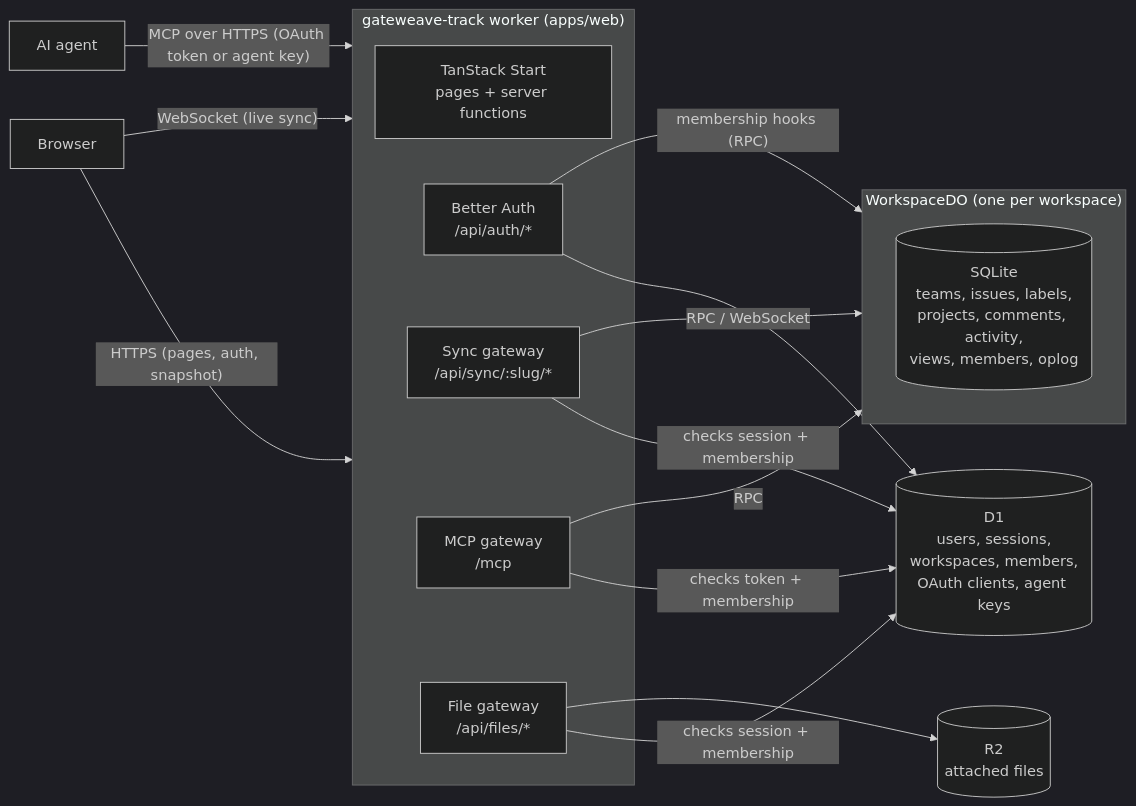
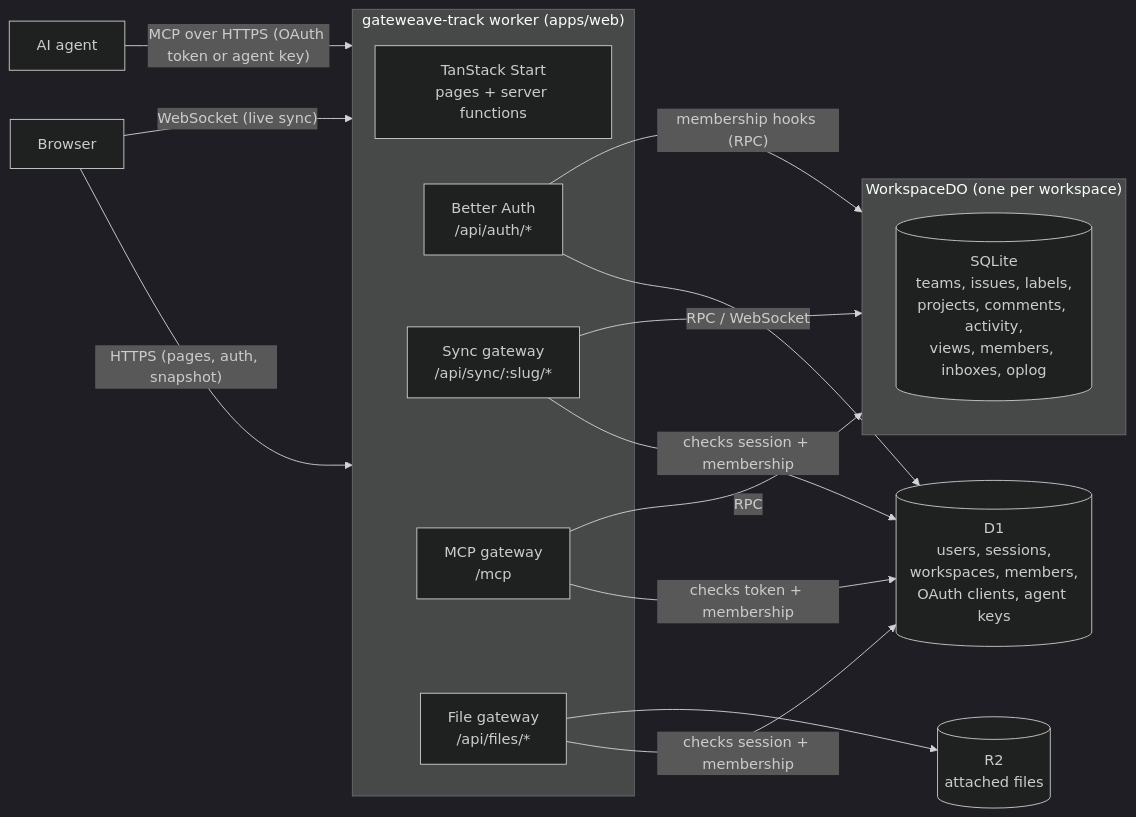
One commit to gateweavehq/track changed the diagram in docs/architecture.md. Above: the diagram before and after it, drawn with Mermaid (dark theme). The commit also changed other lines of this file and 44 other files, not shown here.

````diff
--- a/docs/architecture.md
+++ b/docs/architecture.md
@@ -8,24 +8,24 @@
 ```mermaid
 flowchart LR
   Browser -- "HTTPS (pages, auth, snapshot)" --> Worker
   Browser -- "WebSocket (live sync)" --> Worker
   Agent["AI agent"] -- "MCP over HTTPS (OAuth token or agent key)" --> Worker
   subgraph Worker["gateweave-track worker (apps/web)"]
     Start["TanStack Start<br/>pages + server functions"]
     Auth["Better Auth<br/>/api/auth/*"]
     Gateway["Sync gateway<br/>/api/sync/:slug/*"]
     Mcp["MCP gateway<br/>/mcp"]
     Files["File gateway<br/>/api/files/*"]
   end
   Auth --> D1[("D1<br/>users, sessions,<br/>workspaces, members,<br/>OAuth clients, agent keys")]
   Gateway -- "checks session + membership" --> D1
   Gateway -- "RPC / WebSocket" --> DO
   Mcp -- "checks token + membership" --> D1
   Mcp -- "RPC" --> DO
   Files -- "checks session + membership" --> D1
   Files --> R2[("R2<br/>attached files")]
   Auth -- "membership hooks (RPC)" --> DO
   subgraph DO["WorkspaceDO (one per workspace)"]
-    SQLite[("SQLite<br/>teams, issues, labels,<br/>projects, comments, activity,<br/>views, members, oplog")]
+    SQLite[("SQLite<br/>teams, issues, labels,<br/>projects, comments, activity,<br/>views, members, inboxes, oplog")]
   end
 ```
````
